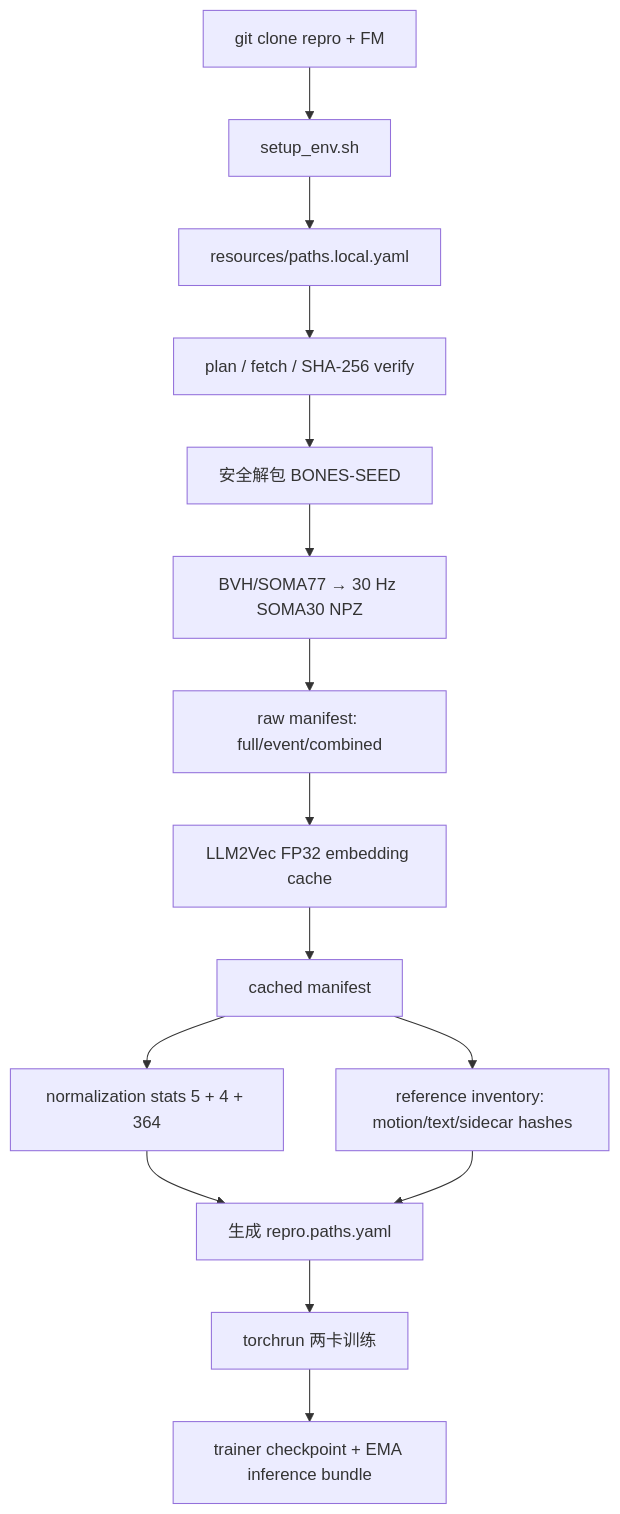
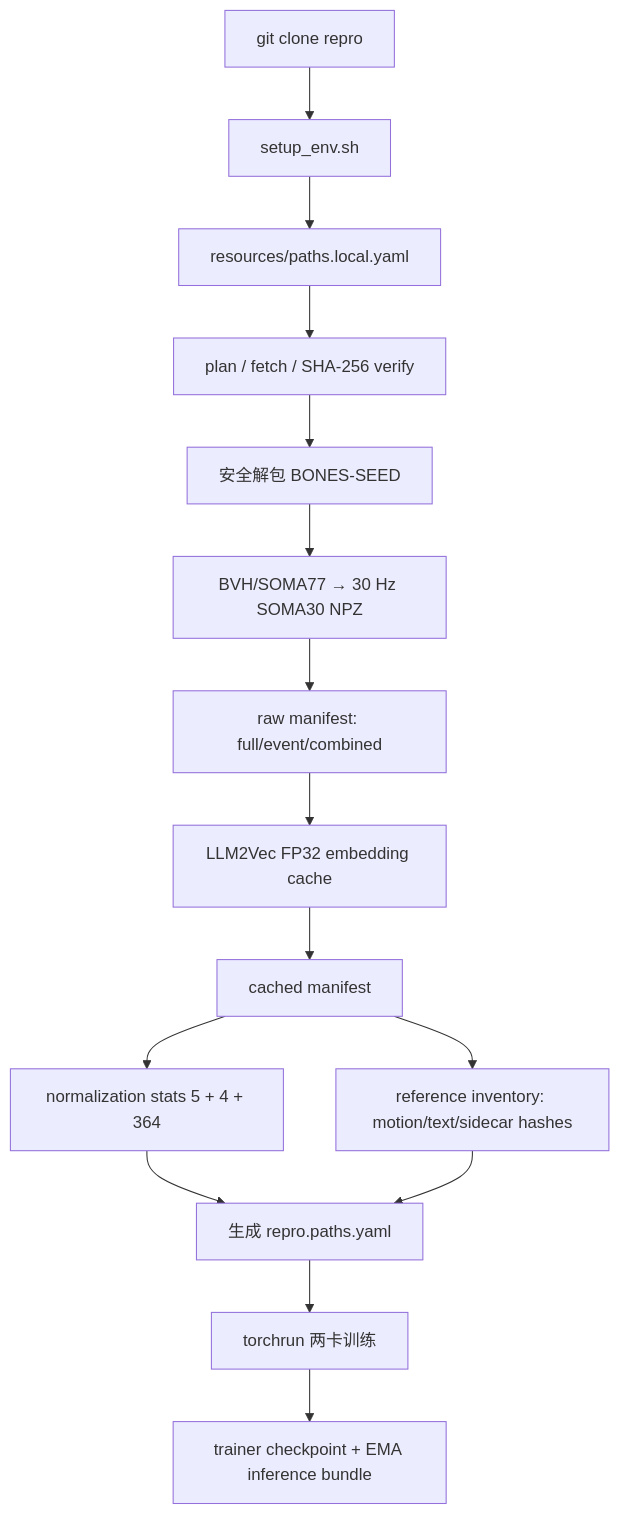
The first of 2 diagrams in docs/reproduction_end_to_end_guide.md (FrankPlusPlus/kimodo-reproduction), drawn with Mermaid before and after one commit. The commit also changed other lines of this file and 33 other files, not shown here.

````diff
--- a/docs/reproduction_end_to_end_guide.md
+++ b/docs/reproduction_end_to_end_guide.md
@@ -178,17 +177,17 @@
 ```mermaid
 flowchart TD
-    A[git clone repro + FM] --> B[setup_env.sh]
+    A[git clone repro] --> B[setup_env.sh]
     B --> C[resources/paths.local.yaml]
     C --> D[plan / fetch / SHA-256 verify]
     D --> E[安全解包 BONES-SEED]
     E --> F[BVH/SOMA77 → 30 Hz SOMA30 NPZ]
     F --> G[raw manifest: full/event/combined]
     G --> H[LLM2Vec FP32 embedding cache]
     H --> I[cached manifest]
     I --> J[normalization stats 5 + 4 + 364]
     I --> K[reference inventory: motion/text/sidecar hashes]
     J --> L[生成 repro.paths.yaml]
     K --> L
     L --> M[torchrun 两卡训练]
     M --> N[trainer checkpoint + EMA inference bundle]
 ```
````
